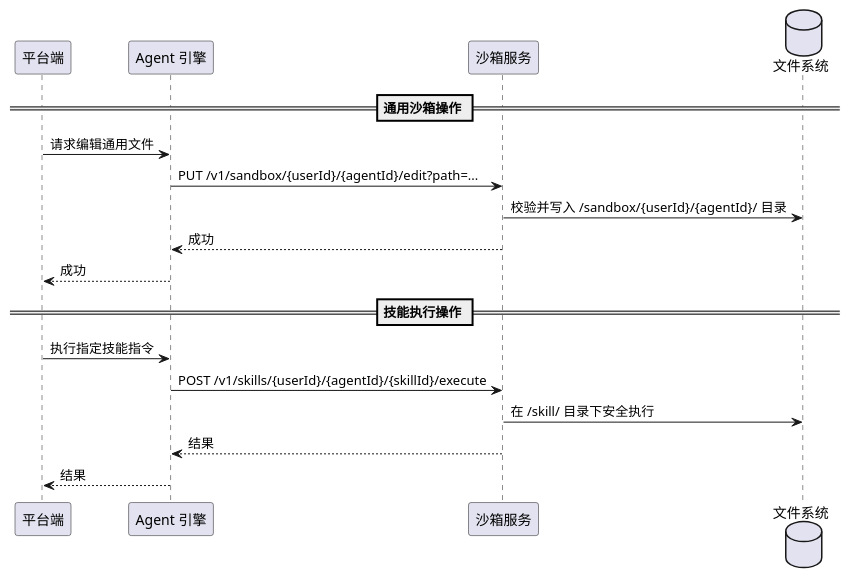
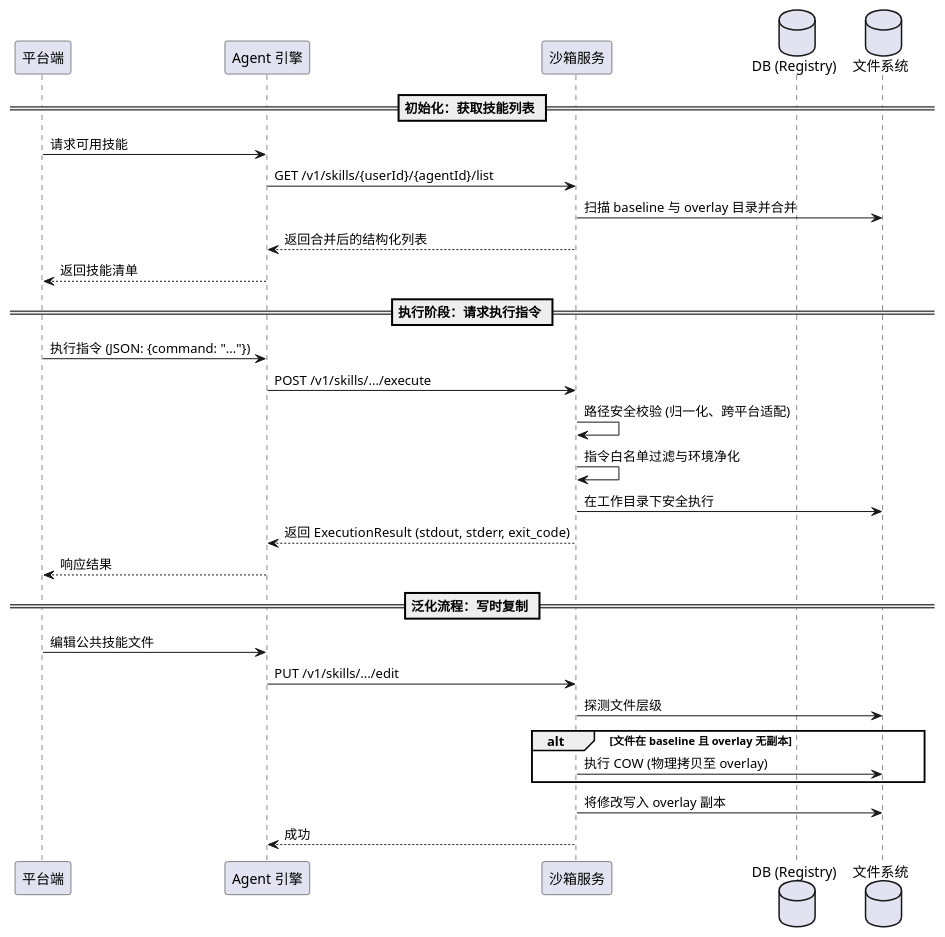
The second of 3 diagrams in DESIGN.md (Cogather/FileSecBoxService), drawn with PlantUML before and after one commit. The commit also changed other lines of this file and 8 other files, not shown here.

Commit message:
feat: enhance cross-platform support, update DESIGN.md with full specs, and fix command execution encoding

````diff
--- a/DESIGN.md
+++ b/DESIGN.md
@@ -31,22 +35,35 @@
 ```plantuml
 @startuml
 participant "平台端" as P
 participant "Agent 引擎" as SDK
 participant "沙箱服务" as S
+database "DB (Registry)" as DB
 database "文件系统" as FS
 
-== 通用沙箱操作 ==
-P -> SDK: 请求编辑通用文件
-SDK -> S: PUT /v1/sandbox/{userId}/{agentId}/edit?path=...
-S -> FS: 校验并写入 /sandbox/{userId}/{agentId}/ 目录
+== 初始化：获取技能列表 ==
+P -> SDK: 请求可用技能
+SDK -> S: GET /v1/skills/{userId}/{agentId}/list
+S -> FS: 扫描 baseline 与 overlay 目录并合并
+S --> SDK: 返回合并后的结构化列表
+SDK --> P: 返回技能清单
+
+== 执行阶段：请求执行指令 ==
+P -> SDK: 执行指令 (JSON: {command: "..."})
+SDK -> S: POST /v1/skills/.../execute
+S -> S: 路径安全校验 (归一化、跨平台适配)
+S -> S: 指令白名单过滤与环境净化
+S -> FS: 在工作目录下安全执行
+S --> SDK: 返回 ExecutionResult (stdout, stderr, exit_code)
+SDK --> P: 响应结果
+
+== 泛化流程：写时复制 ==
+P -> SDK: 编辑公共技能文件
+SDK -> S: PUT /v1/skills/.../edit
+S -> FS: 探测文件层级
+alt 文件在 baseline 且 overlay 无副本
+    S -> FS: 执行 COW (物理拷贝至 overlay)
+end
+S -> FS: 将修改写入 overlay 副本
 S --> SDK: 成功
-SDK --> P: 成功
-
-== 技能执行操作 ==
-P -> SDK: 执行指定技能指令
-SDK -> S: POST /v1/skills/{userId}/{agentId}/{skillId}/execute
-S -> FS: 在 /skill/ 目录下安全执行
-S --> SDK: 结果
-SDK --> P: 结果
 @endum
 ```
````
